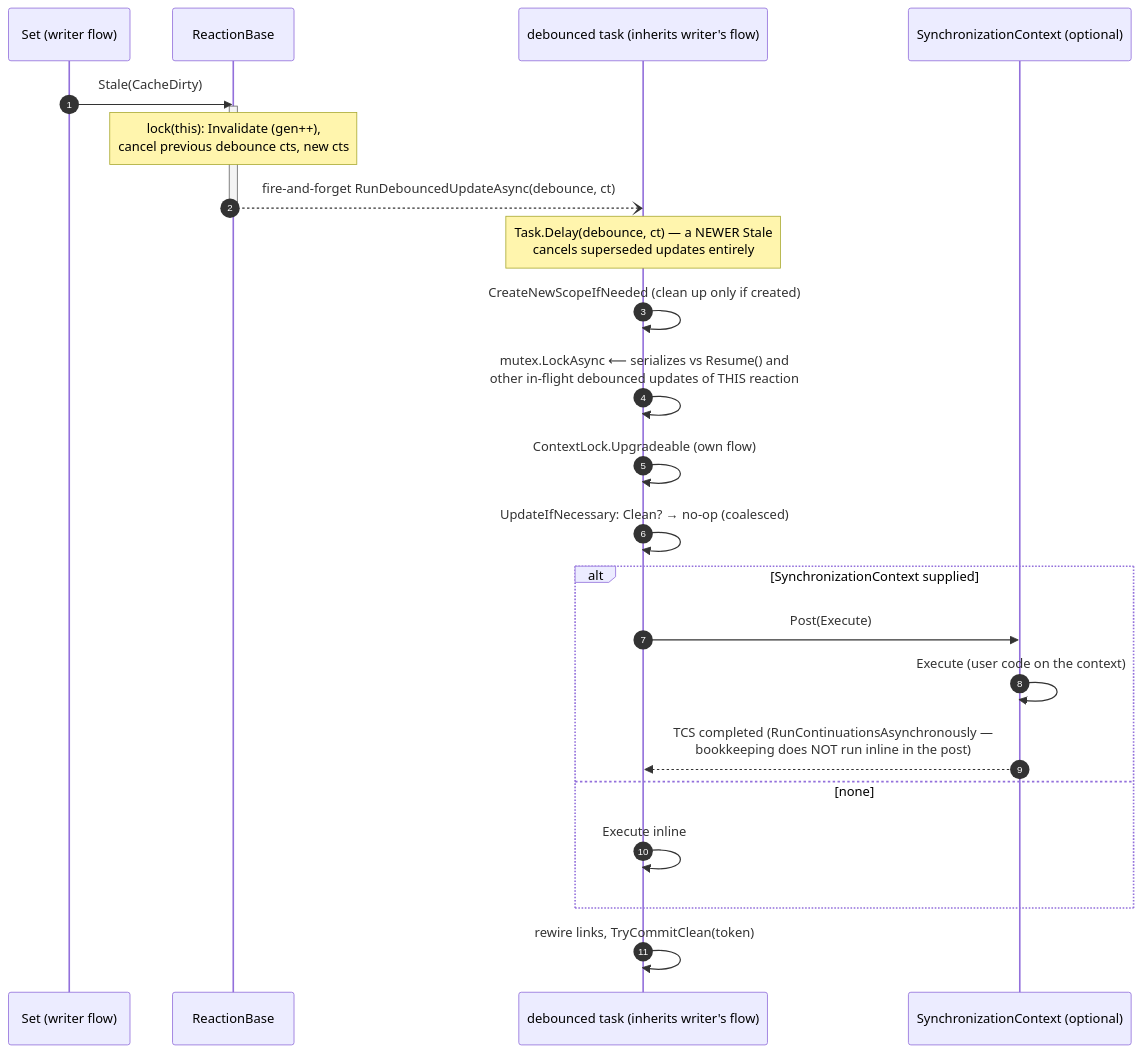
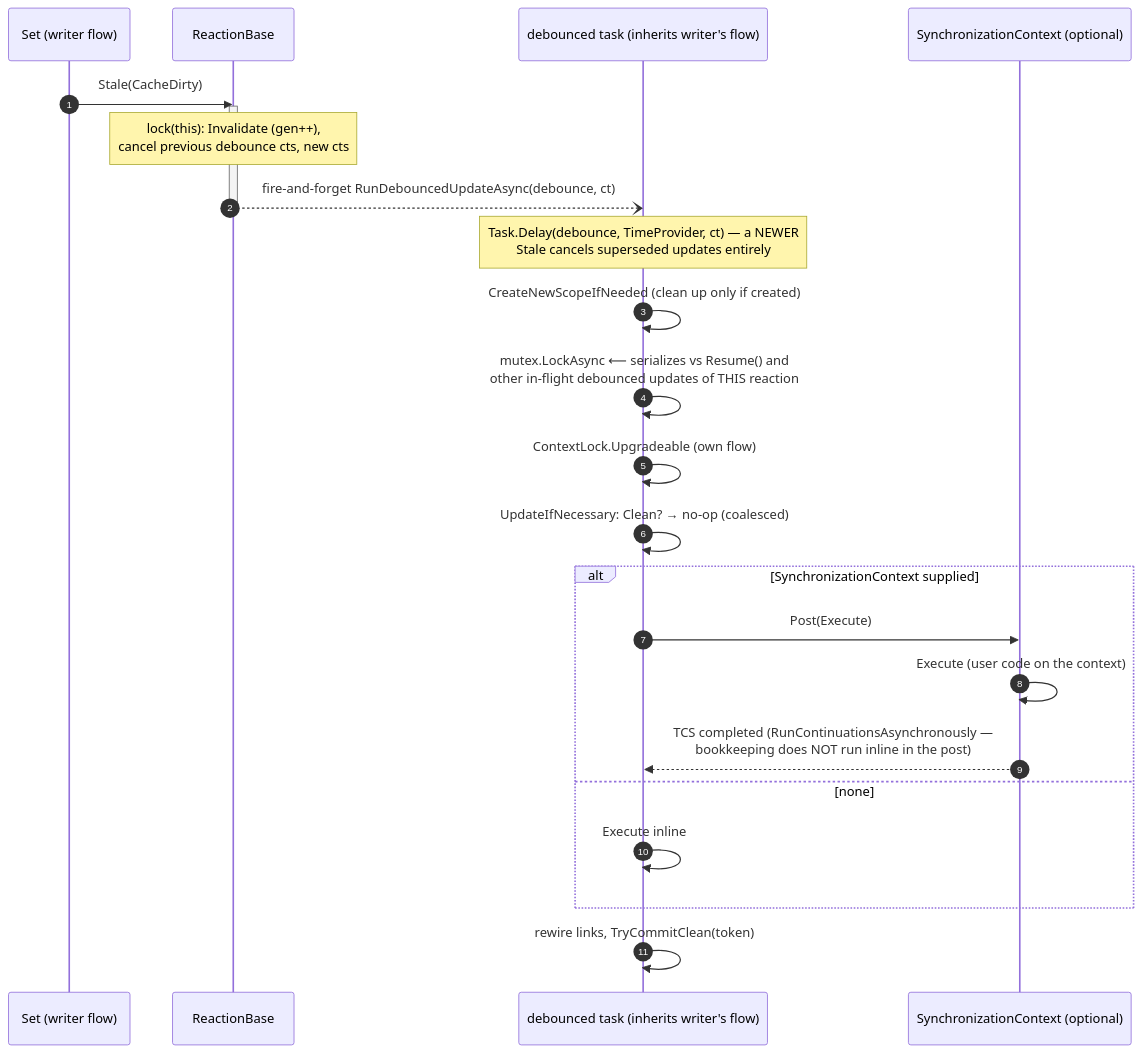
Diagram 15 of 15 in docs/architecture/concurrency.md (timonkrebs/MemoizR), drawn with Mermaid before and after one commit. The commit also changed other lines of this file and 17 other files, not shown here.

````diff
--- a/docs/architecture/concurrency.md
+++ b/docs/architecture/concurrency.md
@@ -609,27 +609,27 @@
 ```mermaid
 sequenceDiagram
     autonumber
     participant W as Set (writer flow)
     participant R as ReactionBase
     participant D as debounced task (inherits writer's flow)
     participant SC as SynchronizationContext (optional)
 
     W->>R: Stale(CacheDirty)
     activate R
     Note over R: lock(this): Invalidate (gen++),<br/>cancel previous debounce cts, new cts
     R--)D: fire-and-forget RunDebouncedUpdateAsync(debounce, ct)
     deactivate R
-    Note over D: Task.Delay(debounce, ct) — a NEWER Stale<br/>cancels superseded updates entirely
+    Note over D: Task.Delay(debounce, TimeProvider, ct) — a NEWER<br/>Stale cancels superseded updates entirely
     D->>D: CreateNewScopeIfNeeded (clean up only if created)
     D->>D: mutex.LockAsync  ⟵ serializes vs Resume() and<br/>other in-flight debounced updates of THIS reaction
     D->>D: ContextLock.Upgradeable (own flow)
     D->>D: UpdateIfNecessary: Clean? → no-op (coalesced)
     alt SynchronizationContext supplied
         D->>SC: Post(Execute)
         SC->>SC: Execute (user code on the context)
         SC-->>D: TCS completed (RunContinuationsAsynchronously —<br/>bookkeeping does NOT run inline in the post)
     else none
         D->>D: Execute inline
     end
     D->>D: rewire links, TryCommitClean(token)
 ```
````
